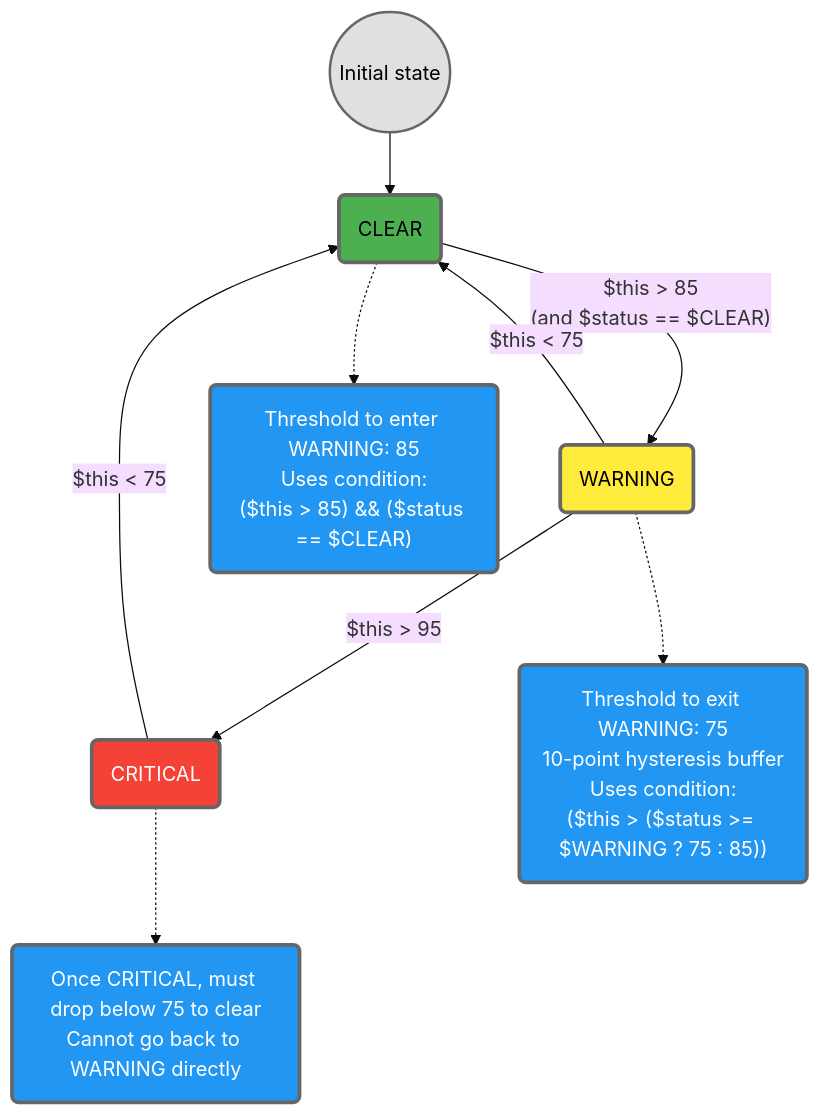
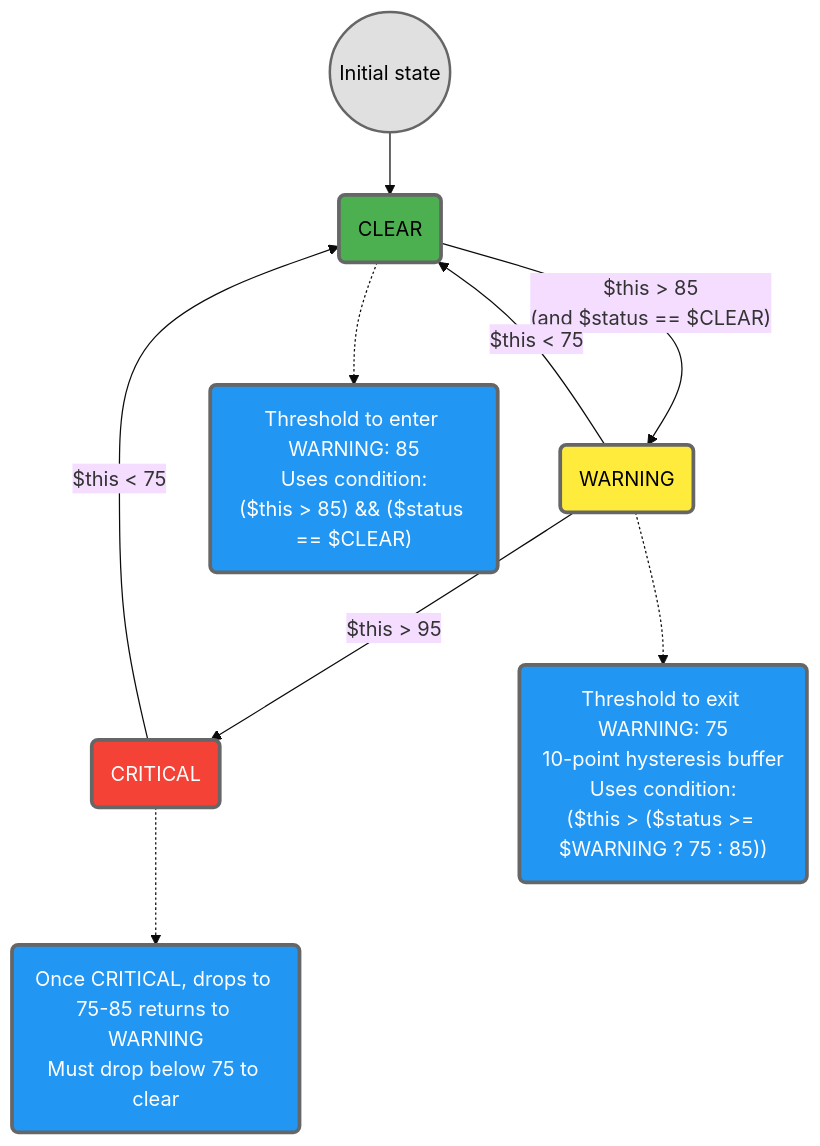
One commit to netdata/netdata changed the diagram in docs/alerts/alert-configuration-syntax/4-expressions-operators-functions.md. Above: the diagram before and after it, drawn with Mermaid. The commit also changed other lines of this file, not shown here.

First line of the commit message:
docs: Fix hysteresis diagram notes - CRITICAL can go to WARNING

````diff
--- a/docs/alerts/alert-configuration-syntax/4-expressions-operators-functions.md
+++ b/docs/alerts/alert-configuration-syntax/4-expressions-operators-functions.md
@@ -227,31 +227,31 @@
 ```mermaid
 %%{init: {'theme':'base', 'themeVariables': {'fontSize':'16px', 'fontFamily':'arial'}}}%%
 flowchart TD
     Start(("Initial state"))
     CLEAR("CLEAR")
     WARNING("WARNING")
     CRITICAL("CRITICAL")
     
     Start --> CLEAR
     
     CLEAR -->|"$this > 85<br/>(and $status == $CLEAR)"| WARNING
     WARNING -->|"$this < 75"| CLEAR
     WARNING -->|"$this > 95"| CRITICAL
     CRITICAL -->|"$this < 75"| CLEAR
     
     Note1("Threshold to enter WARNING: 85<br/>Uses condition:<br/>($this > 85) && ($status == $CLEAR)")
     Note2("Threshold to exit WARNING: 75<br/>10-point hysteresis buffer<br/>Uses condition:<br/>($this > ($status >= $WARNING ? 75 : 85))")
-    Note3("Once CRITICAL, must drop below 75 to clear<br/>Cannot go back to WARNING directly")
+    Note3("Once CRITICAL, drops to 75-85 returns to WARNING<br/>Must drop below 75 to clear")
     
     CLEAR -.-> Note1
     WARNING -.-> Note2
     CRITICAL -.-> Note3
     
     style CLEAR fill:#4caf50,stroke:#666666,stroke-width:3px,color:#000000
     style WARNING fill:#ffeb3b,stroke:#666666,stroke-width:3px,color:#000000
     style CRITICAL fill:#f44336,stroke:#666666,stroke-width:3px,color:#ffffff
     style Note1 fill:#2196F3,stroke:#666666,stroke-width:3px,color:#ffffff
     style Note2 fill:#2196F3,stroke:#666666,stroke-width:3px,color:#ffffff
     style Note3 fill:#2196F3,stroke:#666666,stroke-width:3px,color:#ffffff
     style Start fill:#e0e0e0,stroke:#666666,stroke-width:2px,color:#000000
 ```
````
